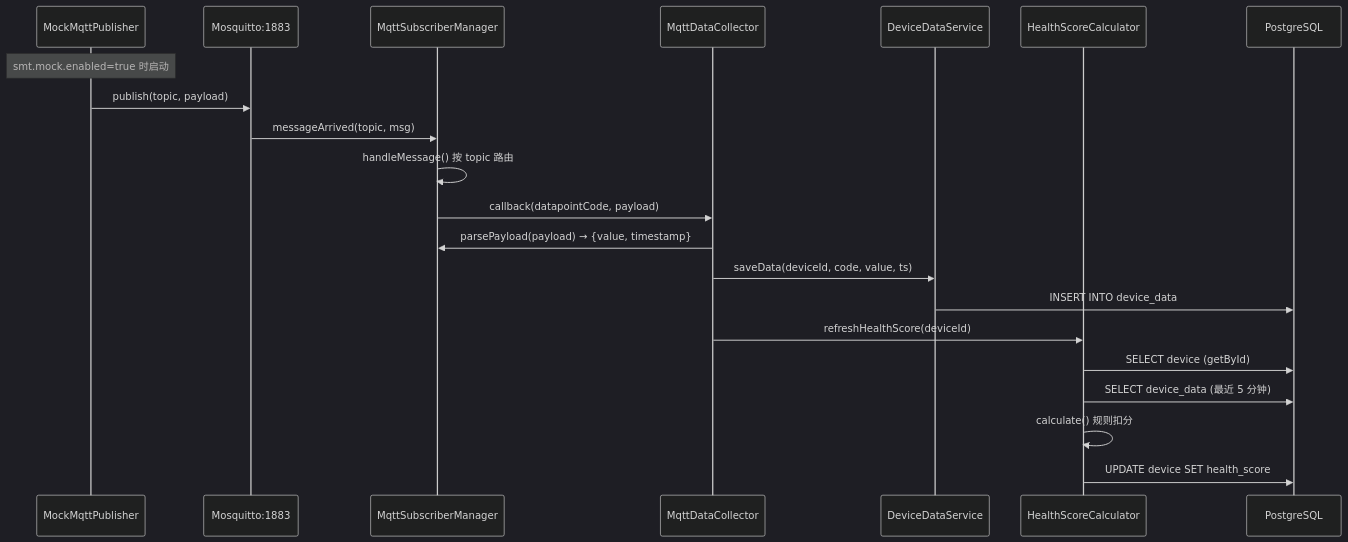
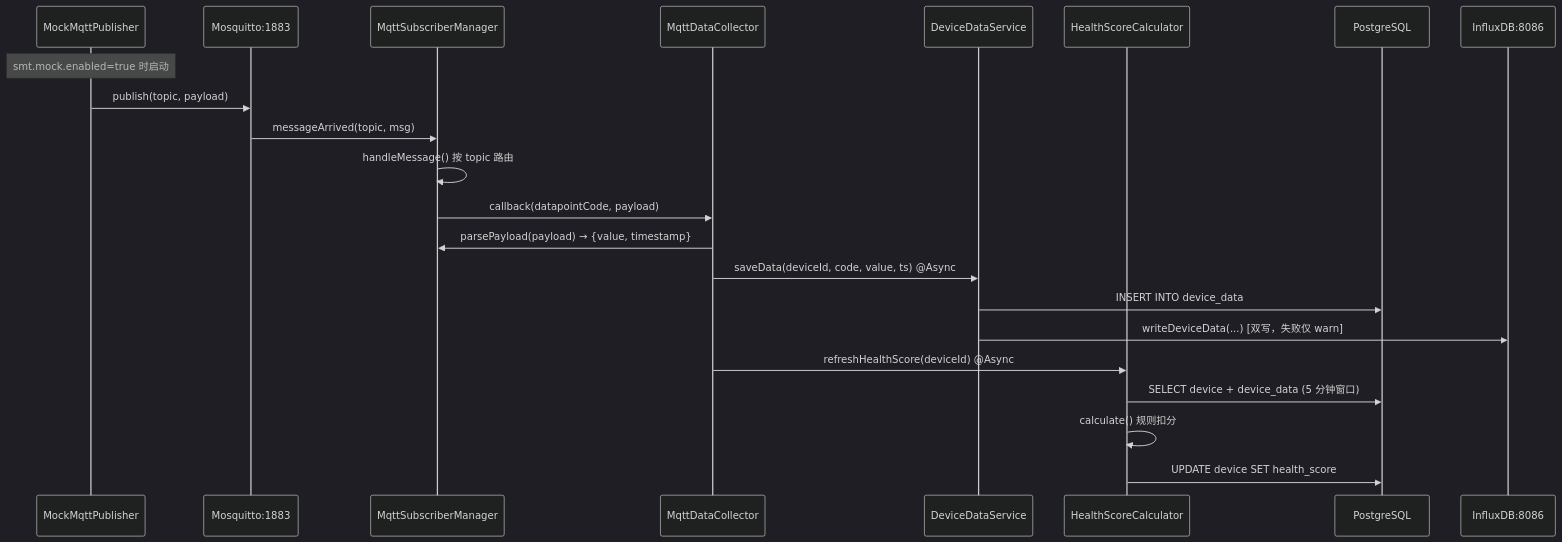
Before and after one commit to north30-dev/smt-agent-platform: the fourth of 8 diagrams in docs/explaination/project-explanation-phase1.md, drawn with Mermaid (dark theme). The commit also changed other lines of this file and 2 other files, not shown here.

````diff
--- a/docs/explaination/project-explanation-phase1.md
+++ b/docs/explaination/project-explanation-phase1.md
@@ -180,24 +242,25 @@
 ```mermaid
 sequenceDiagram
     participant Mock as MockMqttPublisher
     participant Broker as Mosquitto:1883
     participant Mgr as MqttSubscriberManager
     participant Collector as MqttDataCollector
     participant DS as DeviceDataService
     participant HSC as HealthScoreCalculator
     participant PG as PostgreSQL
+    participant IF as InfluxDB:8086
 
     Note over Mock: smt.mock.enabled=true 时启动
     Mock->>Broker: publish(topic, payload)
     Broker->>Mgr: messageArrived(topic, msg)
     Mgr->>Mgr: handleMessage() 按 topic 路由
     Mgr->>Collector: callback(datapointCode, payload)
     Collector->>Mgr: parsePayload(payload) → {value, timestamp}
-    Collector->>DS: saveData(deviceId, code, value, ts)
+    Collector->>DS: saveData(deviceId, code, value, ts) @Async
     DS->>PG: INSERT INTO device_data
-    Collector->>HSC: refreshHealthScore(deviceId)
-    HSC->>PG: SELECT device (getById)
-    HSC->>PG: SELECT device_data (最近 5 分钟)
+    DS->>IF: writeDeviceData(...) [双写，失败仅 warn]
+    Collector->>HSC: refreshHealthScore(deviceId) @Async
+    HSC->>PG: SELECT device + device_data (5 分钟窗口)
     HSC->>HSC: calculate() 规则扣分
     HSC->>PG: UPDATE device SET health_score
 ```
````
